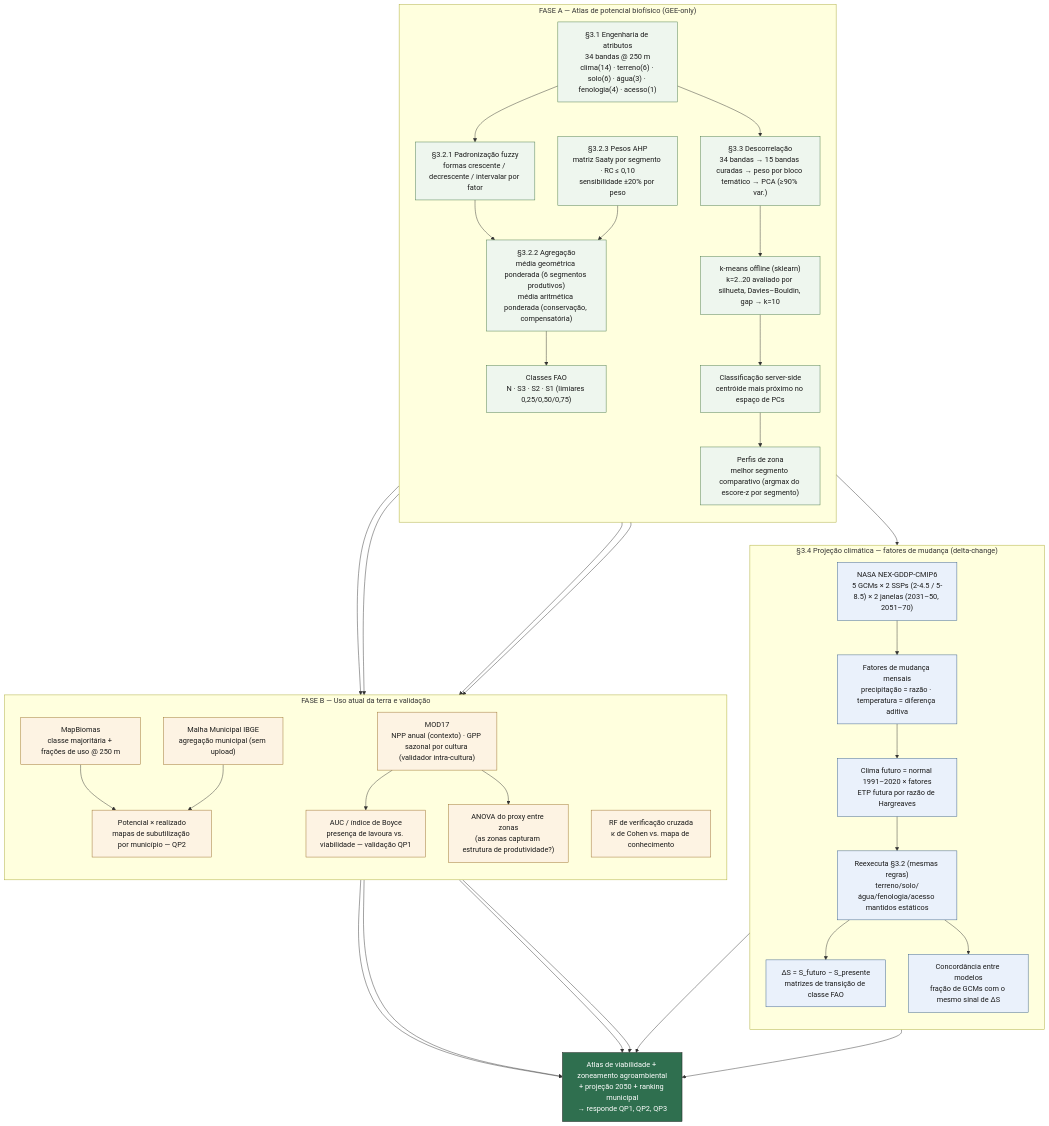
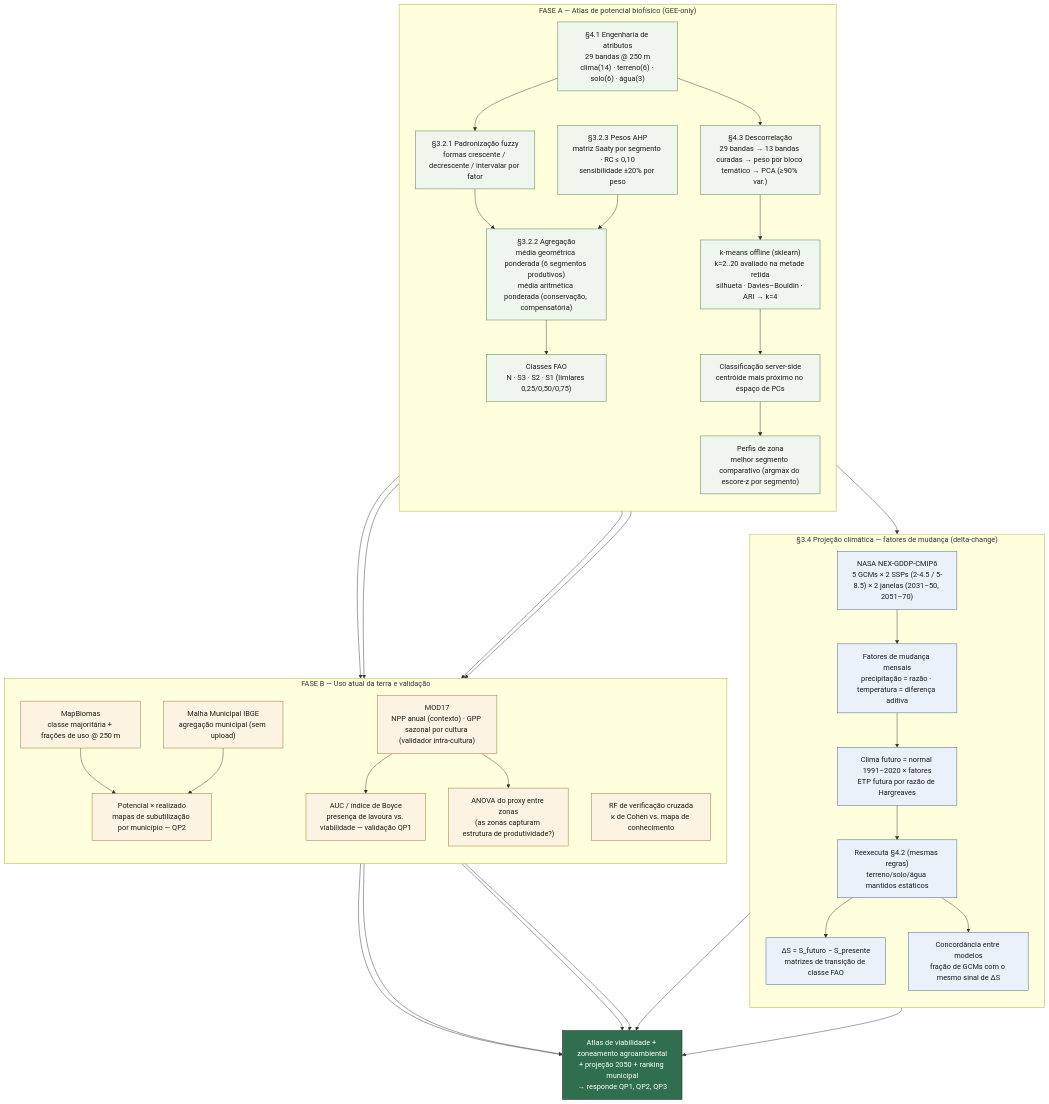
The second of 3 diagrams in docs/metodologia_diagrama.md (ahxsahxs/goias_suitability), drawn with Mermaid before and after one commit. The commit also changed other lines of this file and 64 other files, not shown here.

````diff
--- a/docs/metodologia_diagrama.md
+++ b/docs/metodologia_diagrama.md
@@ -53,73 +53,73 @@
 ```mermaid
 flowchart TD
     subgraph FaseA["FASE A — Atlas de potencial biofísico (GEE-only)"]
         direction TB
-        A1["§3.1 Engenharia de atributos<br/>34 bandas @ 250 m<br/>clima(14) · terreno(6) · solo(6) · água(3) · fenologia(4) · acesso(1)"]
+        A1["§4.1 Engenharia de atributos<br/>29 bandas @ 250 m<br/>clima(14) · terreno(6) · solo(6) · água(3)"]
         A2["§3.2.1 Padronização fuzzy<br/>formas crescente / decrescente / intervalar por fator"]
         A5["§3.2.3 Pesos AHP<br/>matriz Saaty por segmento · RC ≤ 0,10<br/>sensibilidade ±20% por peso"]
         A3["§3.2.2 Agregação<br/>média geométrica ponderada (6 segmentos produtivos)<br/>média aritmética ponderada (conservação, compensatória)"]
         A4["Classes FAO<br/>N · S3 · S2 · S1 (limiares 0,25/0,50/0,75)"]
 
-        A6["§3.3 Descorrelação<br/>34 bandas → 15 bandas curadas → peso por bloco temático → PCA (≥90% var.)"]
-        A7["k-means offline (sklearn)<br/>k=2..20 avaliado por silhueta, Davies–Bouldin, gap → k=10"]
+        A6["§4.3 Descorrelação<br/>29 bandas → 13 bandas curadas → peso por bloco temático → PCA (≥90% var.)"]
+        A7["k-means offline (sklearn)<br/>k=2..20 avaliado na metade retida<br/>silhueta · Davies–Bouldin · ARI → k=4"]
         A8["Classificação server-side<br/>centróide mais próximo no espaço de PCs"]
         A9["Perfis de zona<br/>melhor segmento comparativo (argmax do escore-z por segmento)"]
 
         A1 --> A2 --> A3 --> A4
         A5 --> A3
         A1 --> A6 --> A7 --> A8 --> A9
     end
 
     subgraph CMIP6["§3.4 Projeção climática — fatores de mudança (delta-change)"]
         direction TB
         C1["NASA NEX-GDDP-CMIP6<br/>5 GCMs × 2 SSPs (2-4.5 / 5-8.5) × 2 janelas (2031–50, 2051–70)"]
         C2["Fatores de mudança mensais<br/>precipitação = razão · temperatura = diferença aditiva"]
         C3["Clima futuro = normal 1991–2020 × fatores<br/>ETP futura por razão de Hargreaves"]
-        C4["Reexecuta §3.2 (mesmas regras)<br/>terreno/solo/água/fenologia/acesso mantidos estáticos"]
+        C4["Reexecuta §4.2 (mesmas regras)<br/>terreno/solo/água mantidos estáticos"]
         C5["ΔS = S_futuro − S_presente<br/>matrizes de transição de classe FAO"]
         C6["Concordância entre modelos<br/>fração de GCMs com o mesmo sinal de ΔS"]
 
         C1 --> C2 --> C3 --> C4 --> C5
         C4 --> C6
     end
 
     subgraph FaseB["FASE B — Uso atual da terra e validação"]
         direction TB
         B1["MapBiomas<br/>classe majoritária + frações de uso @ 250 m"]
         B2["Malha Municipal IBGE<br/>agregação municipal (sem upload)"]
         B3["MOD17<br/>NPP anual (contexto) · GPP sazonal por cultura (validador intra-cultura)"]
         B4["Potencial × realizado<br/>mapas de subutilização por município — QP2"]
         B5["AUC / índice de Boyce<br/>presença de lavoura vs. viabilidade — validação QP1"]
         B6["RF de verificação cruzada<br/>κ de Cohen vs. mapa de conhecimento"]
         B7["ANOVA do proxy entre zonas<br/>(as zonas capturam estrutura de produtividade?)"]
 
         B1 --> B4
         B2 --> B4
         B3 --> B5
         B3 --> B7
     end
 
     A4 --> B5
     A4 --> B6
     A4 --> C4
     A9 --> B4
     A9 --> B7
 
     C5 --> Out
     C6 --> Out
     B4 --> Out
     B5 --> Out
     B6 --> Out
     B7 --> Out
 
     Out["Atlas de viabilidade + zoneamento agroambiental<br/>+ projeção 2050 + ranking municipal<br/>→ responde QP1, QP2, QP3"]
 
     classDef faseA fill:#eef6ee,stroke:#4a7a4a,color:#1a1a1a;
     classDef cmip fill:#eaf1fb,stroke:#3a5f8a,color:#1a1a1a;
     classDef faseB fill:#fdf3e3,stroke:#9a6f2a,color:#1a1a1a;
     classDef output fill:#2f6f4f,stroke:#1a1a1a,color:#ffffff;
     class A1,A2,A3,A4,A5,A6,A7,A8,A9 faseA;
     class C1,C2,C3,C4,C5,C6 cmip;
     class B1,B2,B3,B4,B5,B6,B7 faseB;
     class Out output;
 ```
````
